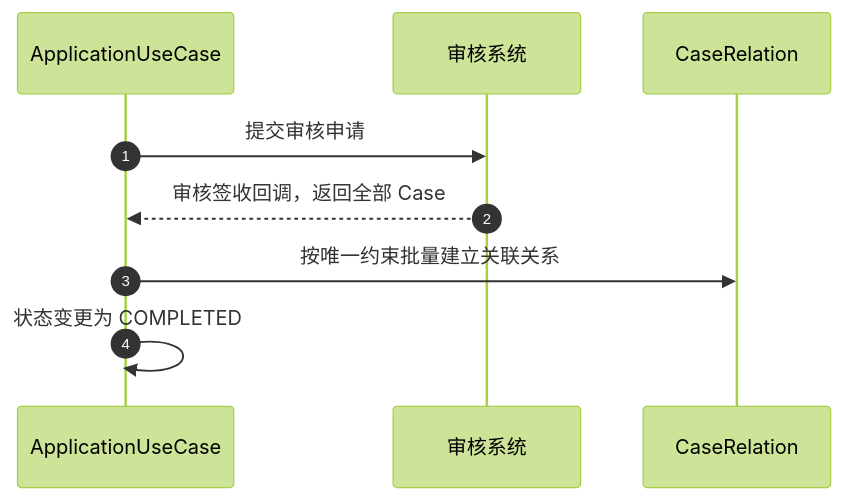
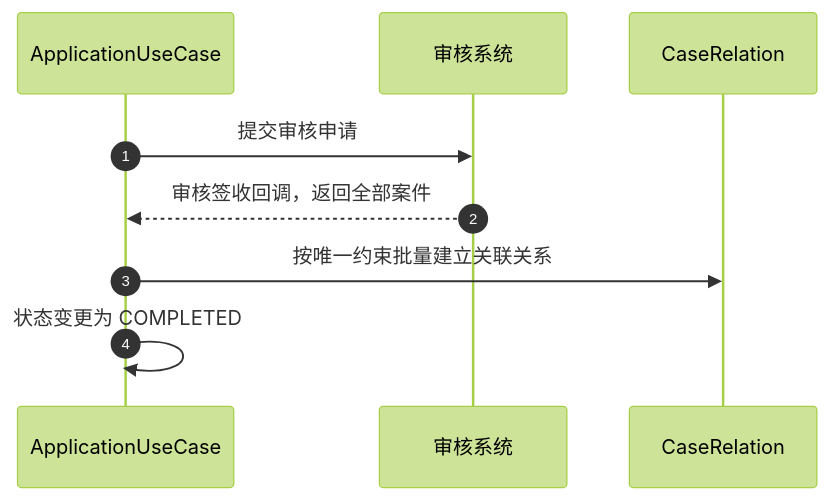
Before and after one commit to wangguangwu/claim-integration-platform: the seventh of 10 diagrams in docs/architecture/claim-application-architecture.md, drawn with Mermaid (forest theme). The commit also changed other lines of this file and 299 other files, not shown here.

````diff
--- a/docs/architecture/claim-application-architecture.md
+++ b/docs/architecture/claim-application-architecture.md
@@ -341,12 +348,12 @@
 ```mermaid
 sequenceDiagram
     autonumber
     participant U as ApplicationUseCase
     participant A as 审核系统
     participant CR as CaseRelation
 
     U->>A: 提交审核申请
-    A-->>U: 审核签收回调，返回全部 Case
+    A-->>U: 审核签收回调，返回全部案件
     U->>CR: 按唯一约束批量建立关联关系
     U->>U: 状态变更为 COMPLETED
 ```
````
